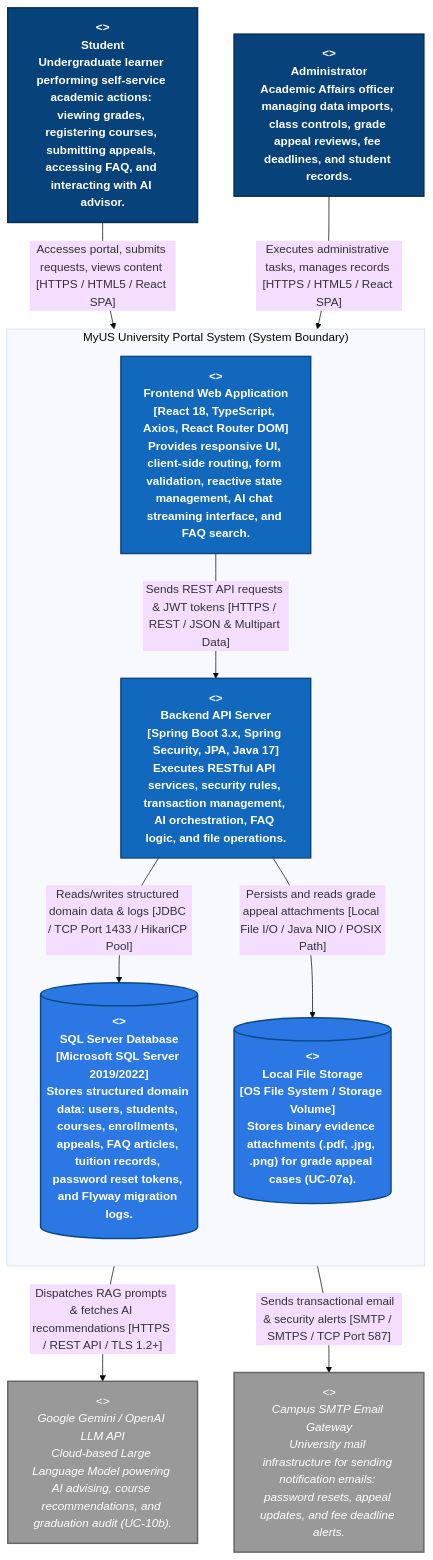
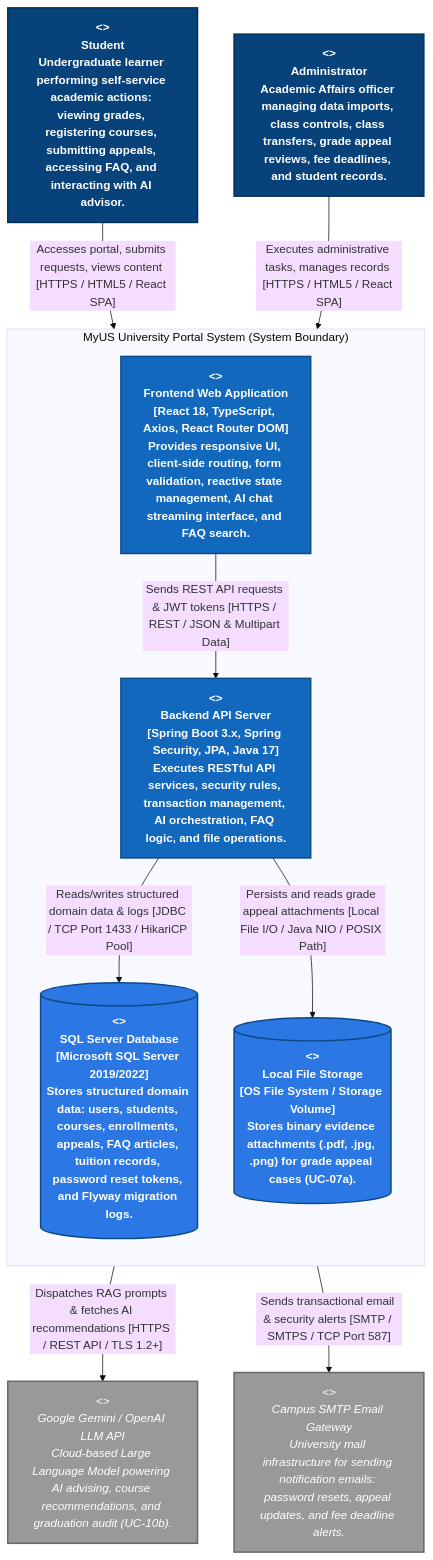
One commit to ltny24/Software-Engineering---Group-6 changed the first of 3 diagrams in docs/analysis-and-design/Section_C_Container_and_Component_Diagram.md. Above: the diagram before and after it, drawn with Mermaid (base theme). The commit also changed other lines of this file and 2 other files, not shown here.

Commit message:
docs: update architecture C4 diagrams and tables for new UC-14 Class Transfer

````diff
--- a/docs/analysis-and-design/Section_C_Container_and_Component_Diagram.md
+++ b/docs/analysis-and-design/Section_C_Container_and_Component_Diagram.md
@@ -25,43 +25,43 @@
 ```mermaid
 flowchart TB
     %% C4 Model Styling Definitions
     classDef person fill:#08427b,stroke:#052e56,stroke-width:2px,color:#ffffff,font-weight:bold
     classDef container fill:#1168bd,stroke:#0b4884,stroke-width:2px,color:#ffffff,font-weight:bold
     classDef database fill:#2b78e4,stroke:#0b4884,stroke-width:2px,color:#ffffff,font-weight:bold
     classDef external fill:#999999,stroke:#666666,stroke-width:2px,color:#ffffff,font-style:italic
 
     %% Primary Actors (People)
     Student["<<Person>><br/>Student<br/>Undergraduate learner performing self-service academic actions: viewing grades, registering courses, submitting appeals, accessing FAQ, and interacting with AI advisor."]:::person
 
-    Admin["<<Person>><br/>Administrator<br/>Academic Affairs officer managing data imports, class controls, grade appeal reviews, fee deadlines, and student records."]:::person
+    Admin["<<Person>><br/>Administrator<br/>Academic Affairs officer managing data imports, class controls, class transfers, grade appeal reviews, fee deadlines, and student records."]:::person
 
     %% System Boundary
     subgraph SystemBoundary ["MyUS University Portal System (System Boundary)"]
         direction TB
 
         Frontend["<<Container: Single Page Application>><br/>Frontend Web Application<br/>[React 18, TypeScript, Axios, React Router DOM]<br/>Provides responsive UI, client-side routing, form validation, reactive state management, AI chat streaming interface, and FAQ search."]:::container
 
         Backend["<<Container: Web API Application>><br/>Backend API Server<br/>[Spring Boot 3.x, Spring Security, JPA, Java 17]<br/>Executes RESTful API services, security rules, transaction management, AI orchestration, FAQ logic, and file operations."]:::container
 
         Database[("<<Container: Relational Database>><br/>SQL Server Database<br/>[Microsoft SQL Server 2019/2022]<br/>Stores structured domain data: users, students, courses, enrollments, appeals, FAQ articles, tuition records, password reset tokens, and Flyway migration logs.")]:::database
 
         FileStorage[("<<Container: File System / Binary Storage>><br/>Local File Storage<br/>[OS File System / Storage Volume]<br/>Stores binary evidence attachments (.pdf, .jpg, .png) for grade appeal cases (UC-07a).")]:::database
     end
 
     %% External Systems
     GeminiAI["<<External System>><br/>Google Gemini / OpenAI LLM API<br/>Cloud-based Large Language Model powering AI advising, course recommendations, and graduation audit (UC-10b)."]:::external
 
     EmailGateway["<<External System>><br/>Campus SMTP Email Gateway<br/>University mail infrastructure for sending notification emails: password resets, appeal updates, and fee deadline alerts."]:::external
 
     %% Communication Flows
     Student -->|"Accesses portal, submits requests, views content [HTTPS / HTML5 / React SPA]"| Frontend
     Admin -->|"Executes administrative tasks, manages records [HTTPS / HTML5 / React SPA]"| Frontend
 
     Frontend -->|"Sends REST API requests & JWT tokens [HTTPS / REST / JSON & Multipart Data]"| Backend
 
     Backend -->|"Reads/writes structured domain data & logs [JDBC / TCP Port 1433 / HikariCP Pool]"| Database
     Backend -->|"Persists and reads grade appeal attachments [Local File I/O / Java NIO / POSIX Path]"| FileStorage
 
     Backend -->|"Dispatches RAG prompts & fetches AI recommendations [HTTPS / REST API / TLS 1.2+]"| GeminiAI
     Backend -->|"Sends transactional email & security alerts [SMTP / SMTPS / TCP Port 587]"| EmailGateway
 ```
````
